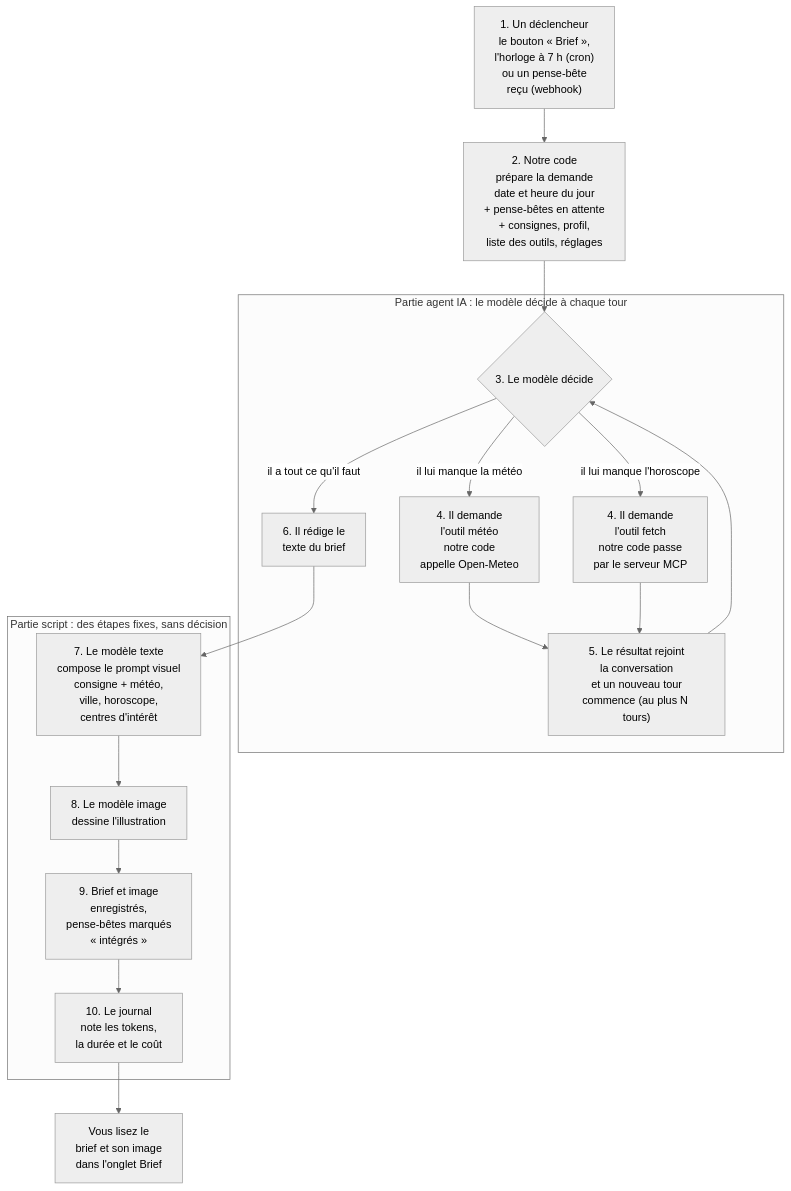
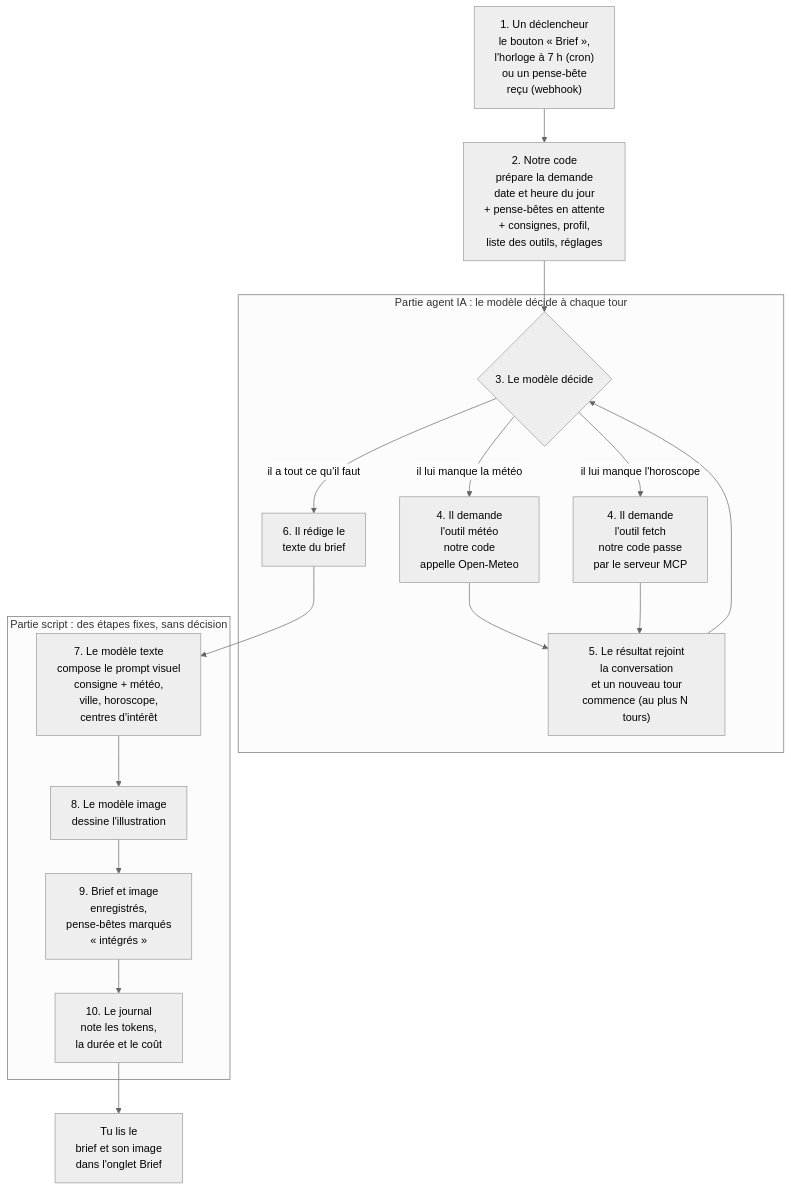
The second of 4 diagrams in README.md (lecinquiemejour-code/goodvibe-tuto), drawn with Mermaid (neutral theme) before and after one commit. The commit also changed other lines of this file and 1 other file, not shown here.

````diff
--- a/README.md
+++ b/README.md
@@ -65,22 +65,22 @@
 ```mermaid
 flowchart TD
     D["1. Un déclencheur<br/>le bouton « Brief »,<br/>l'horloge à 7 h (cron)<br/>ou un pense-bête<br/>reçu (webhook)"] --> P
     P["2. Notre code<br/>prépare la demande<br/>date et heure du jour<br/>+ pense-bêtes en attente<br/>+ consignes, profil,<br/>liste des outils, réglages"] --> M
     subgraph A["Partie agent IA : le modèle décide à chaque tour"]
         M{"3. Le modèle décide"}
         M -- "il lui manque la météo" --> O1["4. Il demande<br/>l'outil météo<br/>notre code<br/>appelle Open-Meteo"]
         M -- "il lui manque l'horoscope" --> O2["4. Il demande<br/>l'outil fetch<br/>notre code passe<br/>par le serveur MCP"]
         O1 --> R["5. Le résultat rejoint<br/>la conversation<br/>et un nouveau tour<br/>commence (au plus N tours)"]
         O2 --> R
         R --> M
         M -- "il a tout ce qu'il faut" --> T["6. Il rédige le<br/>texte du brief"]
     end
     T --> I1
     subgraph S["Partie script : des étapes fixes, sans décision"]
         I1["7. Le modèle texte<br/>compose le prompt visuel<br/>consigne + météo,<br/>ville, horoscope,<br/>centres d'intérêt"]
         I1 --> I2["8. Le modèle image<br/>dessine l'illustration"]
         I2 --> E["9. Brief et image<br/>enregistrés,<br/>pense-bêtes marqués<br/>« intégrés »"]
         E --> J["10. Le journal<br/>note les tokens,<br/>la durée et le coût"]
     end
-    J --> V["Vous lisez le<br/>brief et son image<br/>dans l'onglet Brief"]
+    J --> V["Tu lis le<br/>brief et son image<br/>dans l'onglet Brief"]
 ```
````
